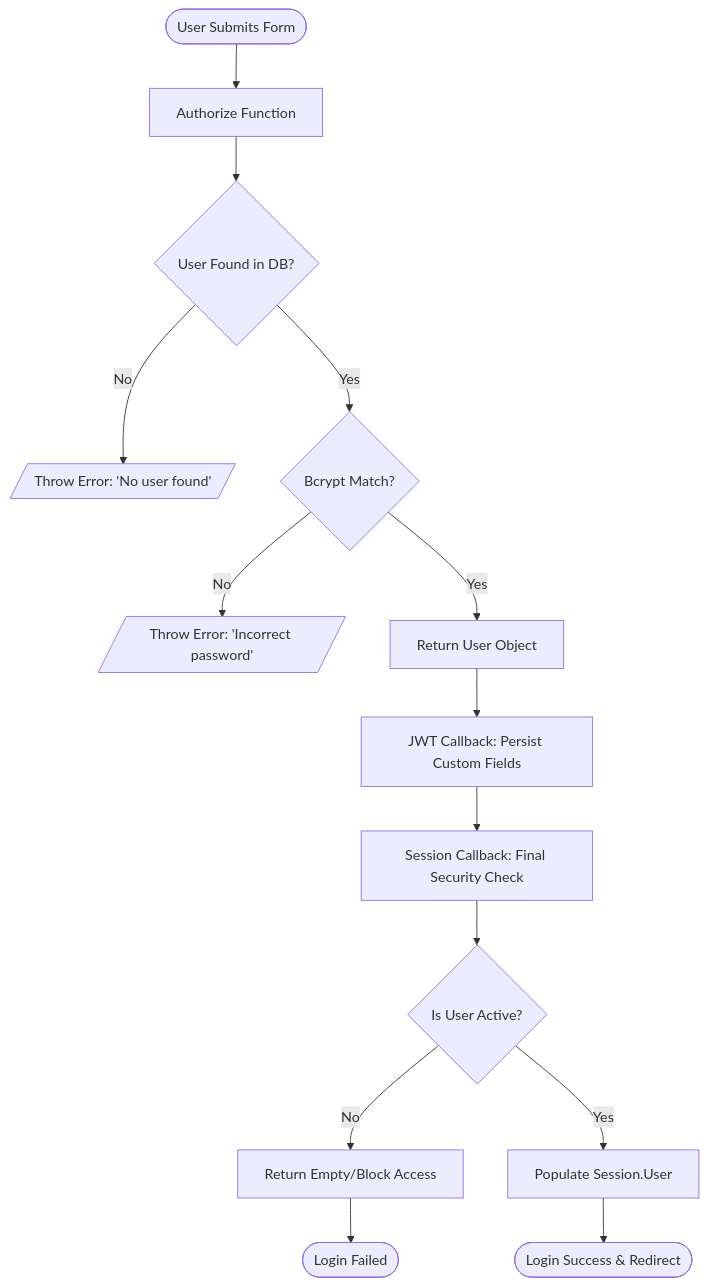
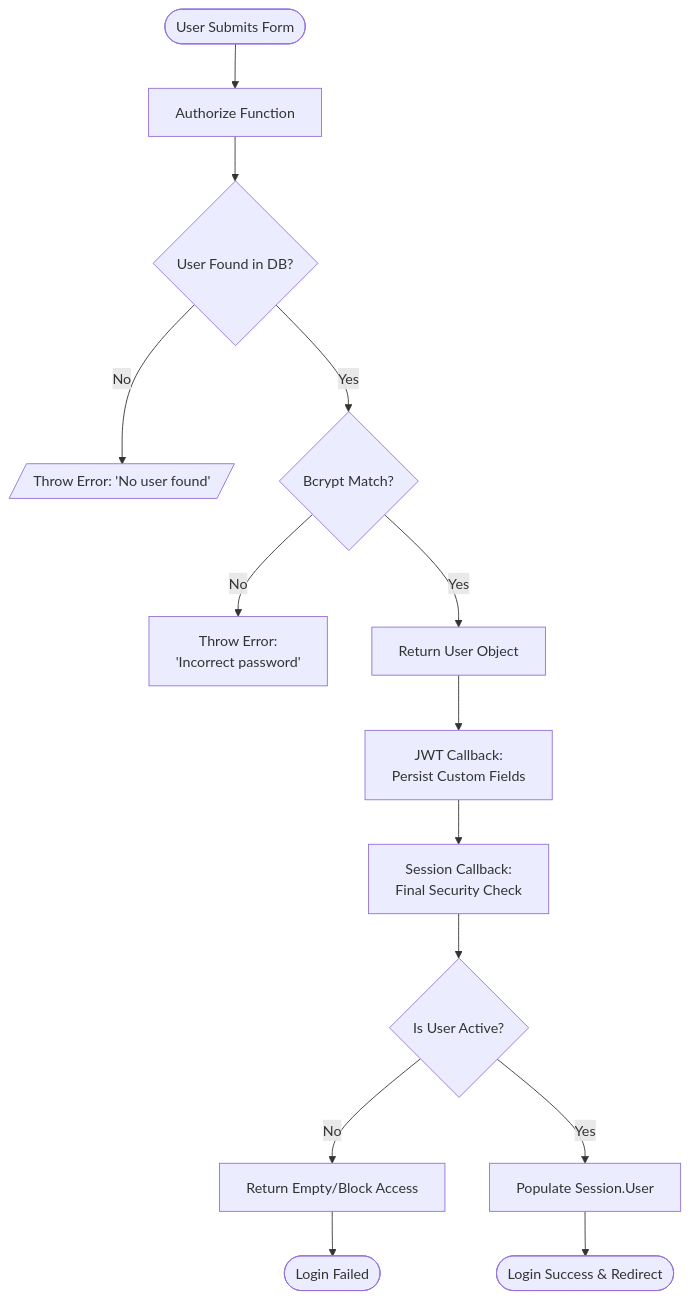
One commit to Eddie2111/tripotter-docs changed the second of 2 diagrams in docs/tripotter-web/authentication-flow-web.md. Above: the diagram before and after it, drawn with Mermaid. The commit also changed other lines of this file and 1 other file, not shown here.

````diff
--- a/docs/tripotter-web/authentication-flow-web.md
+++ b/docs/tripotter-web/authentication-flow-web.md
@@ -58,22 +73,31 @@
 ```mermaid
   flowchart TD
     A([User Submits Form]) --> B[Authorize Function]
     B --> C{User Found in DB?}
 
     C -- No --> D[/Throw Error: 'No user found'/]
     C -- Yes --> E{Bcrypt Match?}
 
-    E -- No --> F[/Throw Error: 'Incorrect password'/]
+    E -- No --> F[
+      Throw Error: 
+      'Incorrect password'
+    ]
     E -- Yes --> G[Return User Object]
 
-    G --> H[JWT Callback: Persist Custom Fields]
-    H --> I[Session Callback: Final Security Check]
+    G --> H[
+      JWT Callback: 
+      Persist Custom Fields
+    ]
+    H --> I[
+      Session Callback: 
+      Final Security Check
+    ]
 
     I --> J{Is User Active?}
 
     J -- No --> K[Return Empty/Block Access]
     J -- Yes --> L[Populate Session.User]
 
     K --> M([Login Failed])
     L --> N([Login Success & Redirect])
 ```
````
